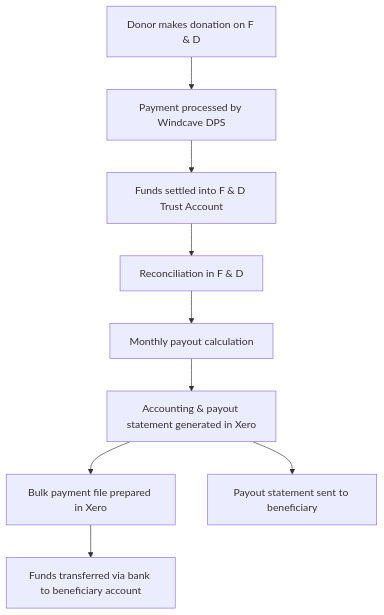
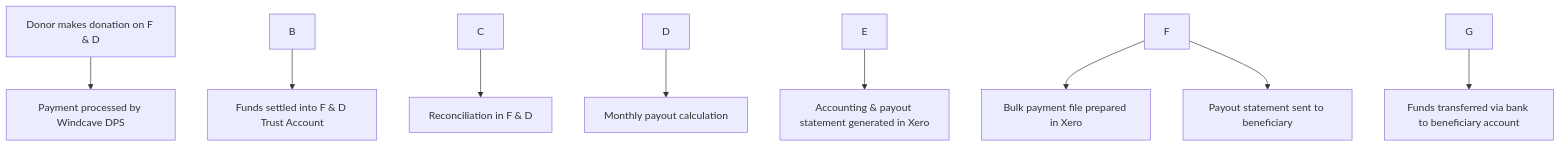
The first of 2 diagrams in _posts/2025-08-05-thinking-in-ddd-applying-ubiquitous-language-to-real-world-financial-workflows.md (oninebx/blog), drawn with Mermaid before and after one commit. The commit also changed other lines of this file, not shown here.

```diff
--- a/_posts/2025-08-05-thinking-in-ddd-applying-ubiquitous-language-to-real-world-financial-workflows.md
+++ b/_posts/2025-08-05-thinking-in-ddd-applying-ubiquitous-language-to-real-world-financial-workflows.md
@@ -27,11 +28,11 @@
 <div class="mermaid">
 flowchart TD
-    A[Donor makes donation on F & D] --> B[Payment processed by Windcave DPS]
-    B --> C[Funds settled into F & D Trust Account]
-    C --> D[Reconciliation in F & D]
-    D --> E[Monthly payout calculation]
-    E --> F[Accounting & payout statement generated in Xero]
-    F --> G[Bulk payment file prepared in Xero]
-    G --> H[Funds transferred via bank to beneficiary account]
-    F --> I[Payout statement sent to beneficiary]
+    A\[Donor makes donation on F & D] --> B\[Payment processed by Windcave DPS]
+    B --> C\[Funds settled into F & D Trust Account]
+    C --> D\[Reconciliation in F & D]
+    D --> E\[Monthly payout calculation]
+    E --> F\[Accounting & payout statement generated in Xero]
+    F --> G\[Bulk payment file prepared in Xero]
+    G --> H\[Funds transferred via bank to beneficiary account]
+    F --> I\[Payout statement sent to beneficiary]
 </div>
```
